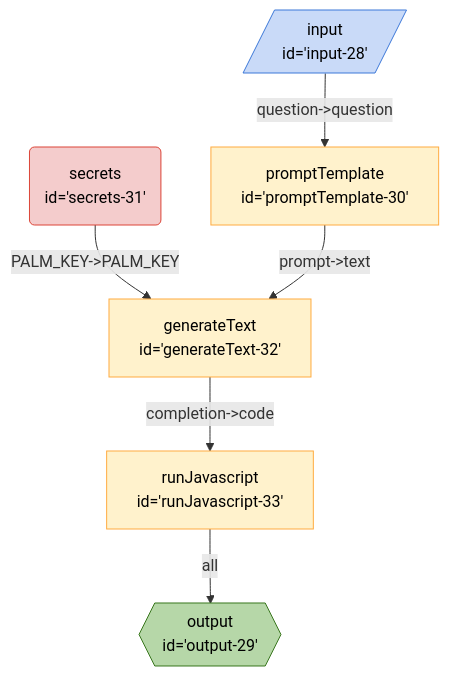
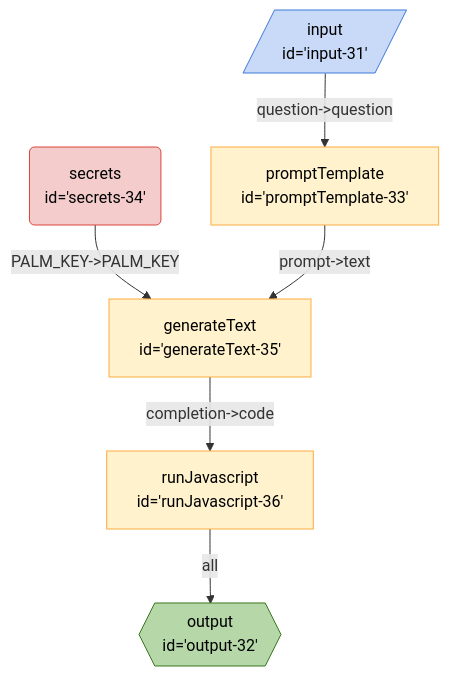
The diagram in seeds/breadboard-web/docs/graphs/new/math-chain.md (breadboard-ai/breadboard), drawn with Mermaid before and after one commit. The commit also changed 19 other files, not shown here.

````diff
--- a/seeds/breadboard-web/docs/graphs/new/math-chain.md
+++ b/seeds/breadboard-web/docs/graphs/new/math-chain.md
@@ -3,17 +3,17 @@
 ```mermaid
 %%{init: 'themeVariables': { 'fontFamily': 'Fira Code, monospace' }}%%
 graph TD;
-runJavascript33["runJavascript <br> id='runJavascript-33'"] -- all --> output29{{"output <br> id='output-29'"}}:::output
-generateText32["generateText <br> id='generateText-32'"] -- "completion->code" --> runJavascript33["runJavascript <br> id='runJavascript-33'"]
-secrets31("secrets <br> id='secrets-31'"):::secrets -- "PALM_KEY->PALM_KEY" --> generateText32["generateText <br> id='generateText-32'"]
-promptTemplate30["promptTemplate <br> id='promptTemplate-30'"] -- "prompt->text" --> generateText32["generateText <br> id='generateText-32'"]
-input28[/"input <br> id='input-28'"/]:::input -- "question->question" --> promptTemplate30["promptTemplate <br> id='promptTemplate-30'"]
+runJavascript36["runJavascript <br> id='runJavascript-36'"] -- all --> output32{{"output <br> id='output-32'"}}:::output
+generateText35["generateText <br> id='generateText-35'"] -- "completion->code" --> runJavascript36["runJavascript <br> id='runJavascript-36'"]
+secrets34("secrets <br> id='secrets-34'"):::secrets -- "PALM_KEY->PALM_KEY" --> generateText35["generateText <br> id='generateText-35'"]
+promptTemplate33["promptTemplate <br> id='promptTemplate-33'"] -- "prompt->text" --> generateText35["generateText <br> id='generateText-35'"]
+input31[/"input <br> id='input-31'"/]:::input -- "question->question" --> promptTemplate33["promptTemplate <br> id='promptTemplate-33'"]
 classDef default stroke:#ffab40,fill:#fff2ccff,color:#000
 classDef input stroke:#3c78d8,fill:#c9daf8ff,color:#000
 classDef output stroke:#38761d,fill:#b6d7a8ff,color:#000
 classDef passthrough stroke:#a64d79,fill:#ead1dcff,color:#000
 classDef slot stroke:#a64d79,fill:#ead1dcff,color:#000
 classDef config stroke:#a64d79,fill:#ead1dcff,color:#000
 classDef secrets stroke:#db4437,fill:#f4cccc,color:#000
 classDef slotted stroke:#a64d79
 ```
````
